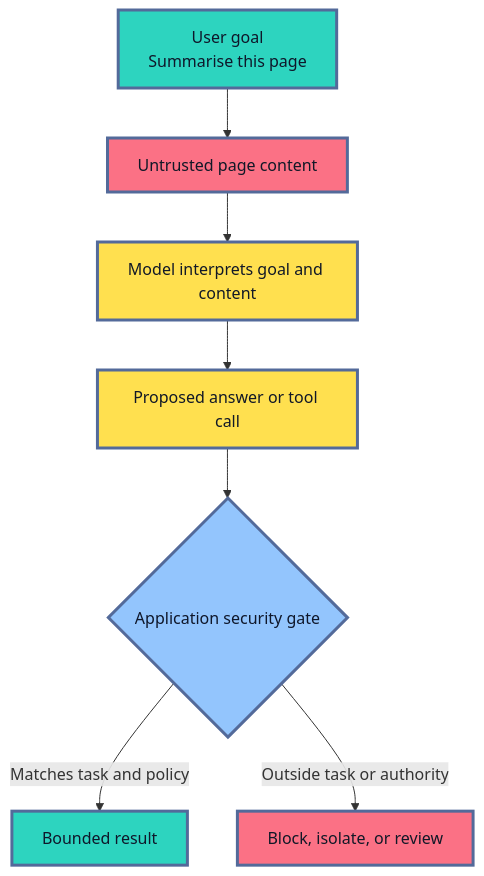
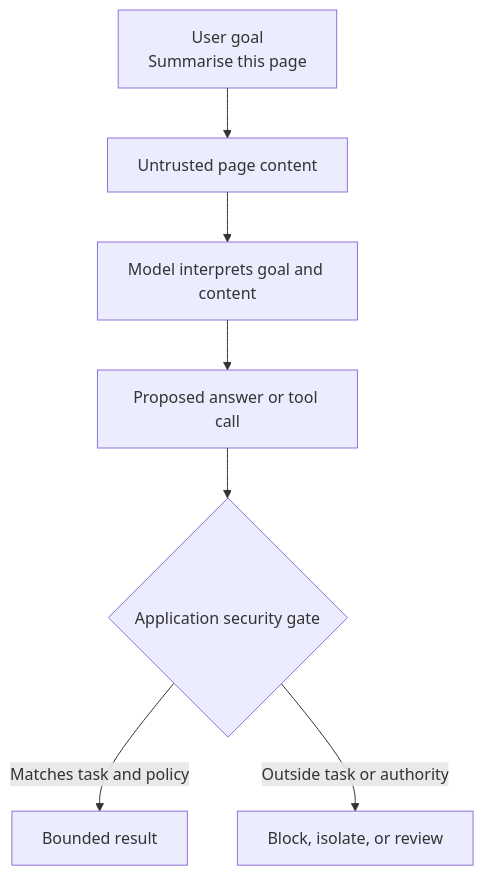
Before and after one commit to senlinyy/dev-roadmaps: the first of 3 diagrams in roadmaps/mlops/modules/llmops/safety-and-governance/01-prompt-injection.md, drawn with Mermaid. The commit also changed other lines of this file and 152 other files, not shown here.

Commit message:
feat: mlops and diagrams updated

````diff
--- a/roadmaps/mlops/modules/llmops/safety-and-governance/01-prompt-injection.md
+++ b/roadmaps/mlops/modules/llmops/safety-and-governance/01-prompt-injection.md
@@ -39,18 +39,14 @@
 ```mermaid
 flowchart TD
     A["User goal<br/>Summarise this page"] --> B["Untrusted page content"]
     B --> C["Model interprets goal and content"]
     C --> D["Proposed answer or tool call"]
     D --> E{"Application security gate"}
     E -->|"Matches task and policy"| F["Bounded result"]
     E -->|"Outside task or authority"| G["Block, isolate, or review"]
 
-    classDef trusted fill:#2DD4BF,stroke:#536A9A,stroke-width:3px,color:#0F172A
-    classDef untrusted fill:#FB7185,stroke:#536A9A,stroke-width:3px,color:#111827
-    classDef model fill:#FFE04F,stroke:#536A9A,stroke-width:3px,color:#111827
-    classDef control fill:#93C5FD,stroke:#536A9A,stroke-width:3px,color:#0F172A
     class A,F trusted
     class B,G untrusted
     class C,D model
     class E control
 ```
````
